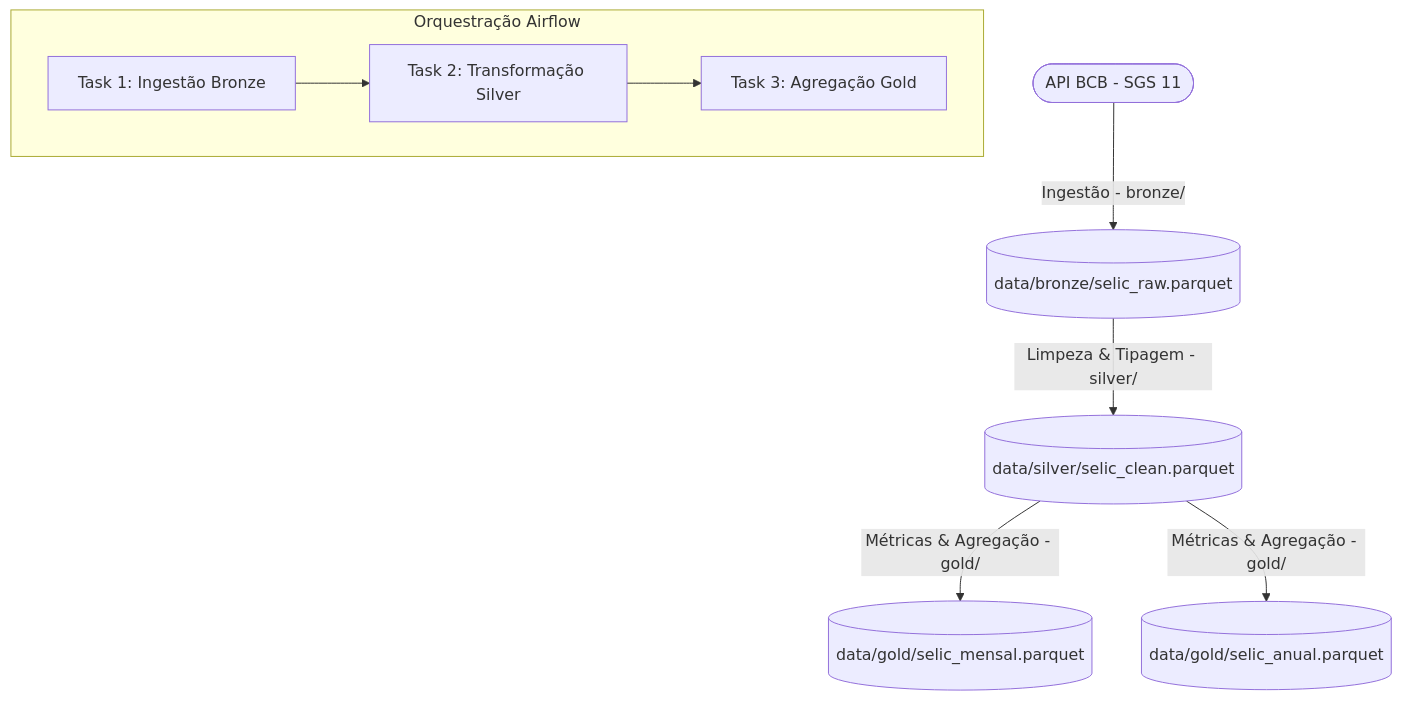
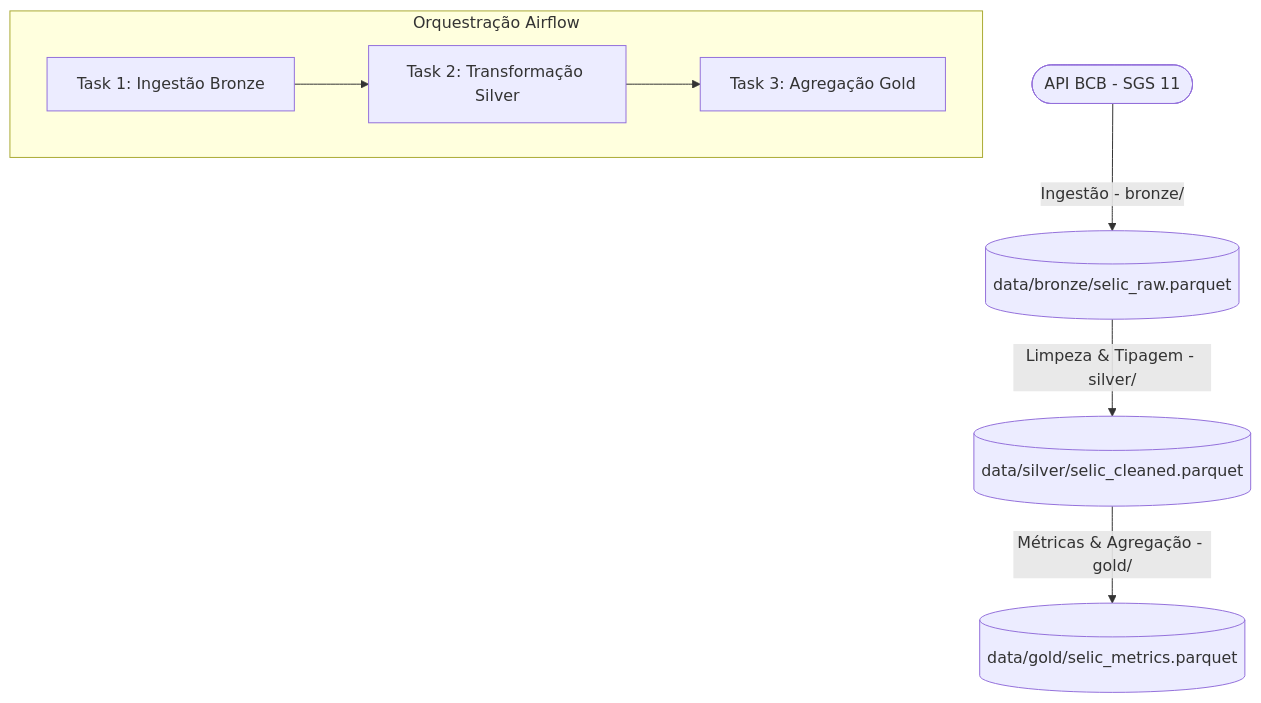
The diagram in README.md (andreoliveira-dev/Desafio-BeAnalytics), drawn with Mermaid before and after one commit. The commit also changed other lines of this file and 22 other files, not shown here.

````diff
--- a/README.md
+++ b/README.md
@@ -13,12 +13,11 @@
 ```mermaid
 graph TD
     API([API BCB - SGS 11]) -->|Ingestão - bronze/| B_Stg[(data/bronze/selic_raw.parquet)]
-    B_Stg -->|Limpeza & Tipagem - silver/| S_Stg[(data/silver/selic_clean.parquet)]
-    S_Stg -->|Métricas & Agregação - gold/| G_Stg_M[(data/gold/selic_mensal.parquet)]
-    S_Stg -->|Métricas & Agregação - gold/| G_Stg_A[(data/gold/selic_anual.parquet)]
+    B_Stg -->|Limpeza & Tipagem - silver/| S_Stg[(data/silver/selic_cleaned.parquet)]
+    S_Stg -->|Métricas & Agregação - gold/| G_Stg[(data/gold/selic_metrics.parquet)]
 
     subgraph Airflow DAG [Orquestração Airflow]
         T1[Task 1: Ingestão Bronze] --> T2[Task 2: Transformação Silver]
         T2 --> T3[Task 3: Agregação Gold]
     end
 ```
````
